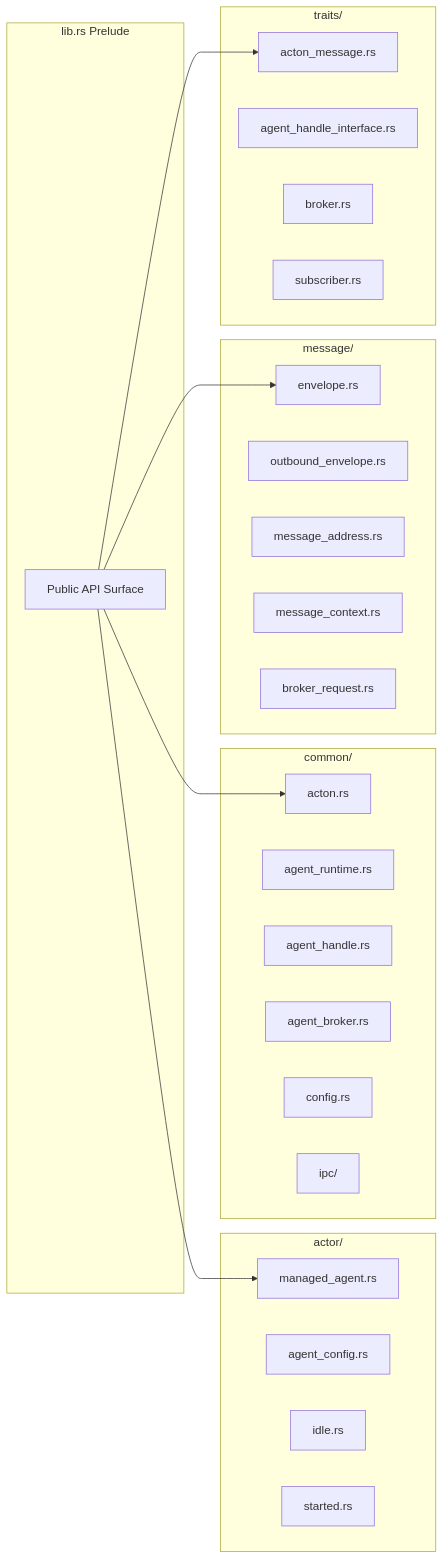
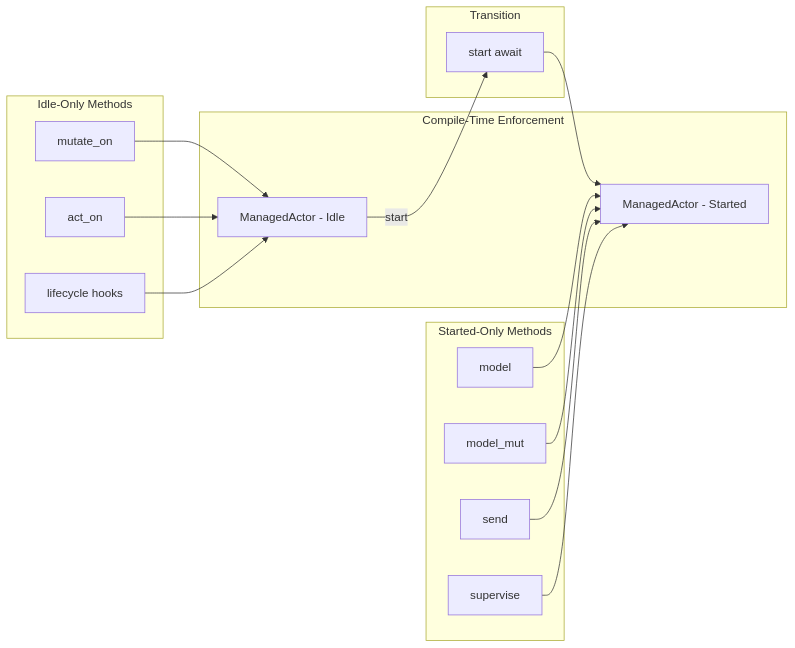
One commit to Govcraft/acton-reactive changed the second of 12 diagrams in acton-docs-site/src/app/docs/architecture/page.md. Above: the diagram before and after it, drawn with Mermaid. The commit also changed other lines of this file and 115 other files, not shown here.

````diff
--- a/acton-docs-site/src/app/docs/architecture/page.md
+++ b/acton-docs-site/src/app/docs/architecture/page.md
@@ -80,42 +124,36 @@
 ```mermaid
 graph LR
-    subgraph LibPrelude["lib.rs Prelude"]
-        Prelude["Public API Surface"]
+    subgraph CompileTime["Compile-Time Enforcement"]
+        IdleState["ManagedActor - Idle"]
+        StartedState["ManagedActor - Started"]
     end
 
-    subgraph ActorMod["actor/"]
-        ManagedAgent["managed_agent.rs"]
-        AgentConfig["agent_config.rs"]
-        Idle["idle.rs"]
-        Started["started.rs"]
+    subgraph IdleMethods["Idle-Only Methods"]
+        MutateOn["mutate_on"]
+        ActOn["act_on"]
+        Hooks["lifecycle hooks"]
     end
 
-    subgraph CommonMod["common/"]
-        Acton["acton.rs"]
-        AgentRuntime2["agent_runtime.rs"]
-        AgentHandle2["agent_handle.rs"]
-        AgentBroker2["agent_broker.rs"]
-        Config["config.rs"]
-        IPCMod["ipc/"]
+    subgraph StartedMethods["Started-Only Methods"]
+        Model["model"]
+        ModelMut["model_mut"]
+        Send["send"]
+        Supervise["supervise"]
     end
 
-    subgraph MessageMod["message/"]
-        Envelope["envelope.rs"]
-        OutboundEnvelope["outbound_envelope.rs"]
-        MessageAddress["message_address.rs"]
-        MessageContext["message_context.rs"]
-        BrokerRequest["broker_request.rs"]
+    subgraph Trans["Transition"]
+        Start["start await"]
     end
 
-    subgraph TraitsMod["traits/"]
-        ActonMessage["acton_message.rs"]
-        AgentHandleInterface["agent_handle_interface.rs"]
-        BrokerTrait["broker.rs"]
-        Subscriber["subscriber.rs"]
-    end
+    MutateOn --> IdleState
+    ActOn --> IdleState
+    Hooks --> IdleState
 
-    Prelude --> ManagedAgent
-    Prelude --> Acton
-    Prelude --> Envelope
-    Prelude --> ActonMessage
+    IdleState -->|start| Start
+    Start --> StartedState
+
+    Model --> StartedState
+    ModelMut --> StartedState
+    Send --> StartedState
+    Supervise --> StartedState
 ```
````
